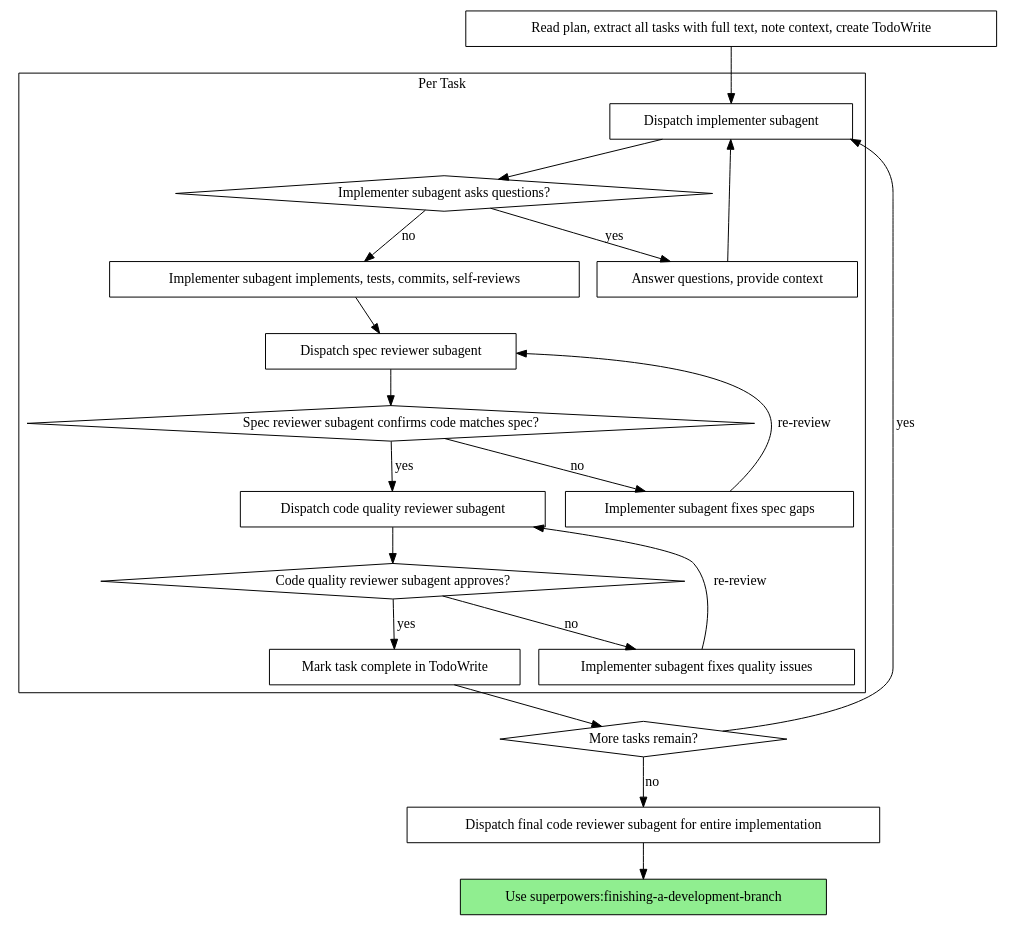
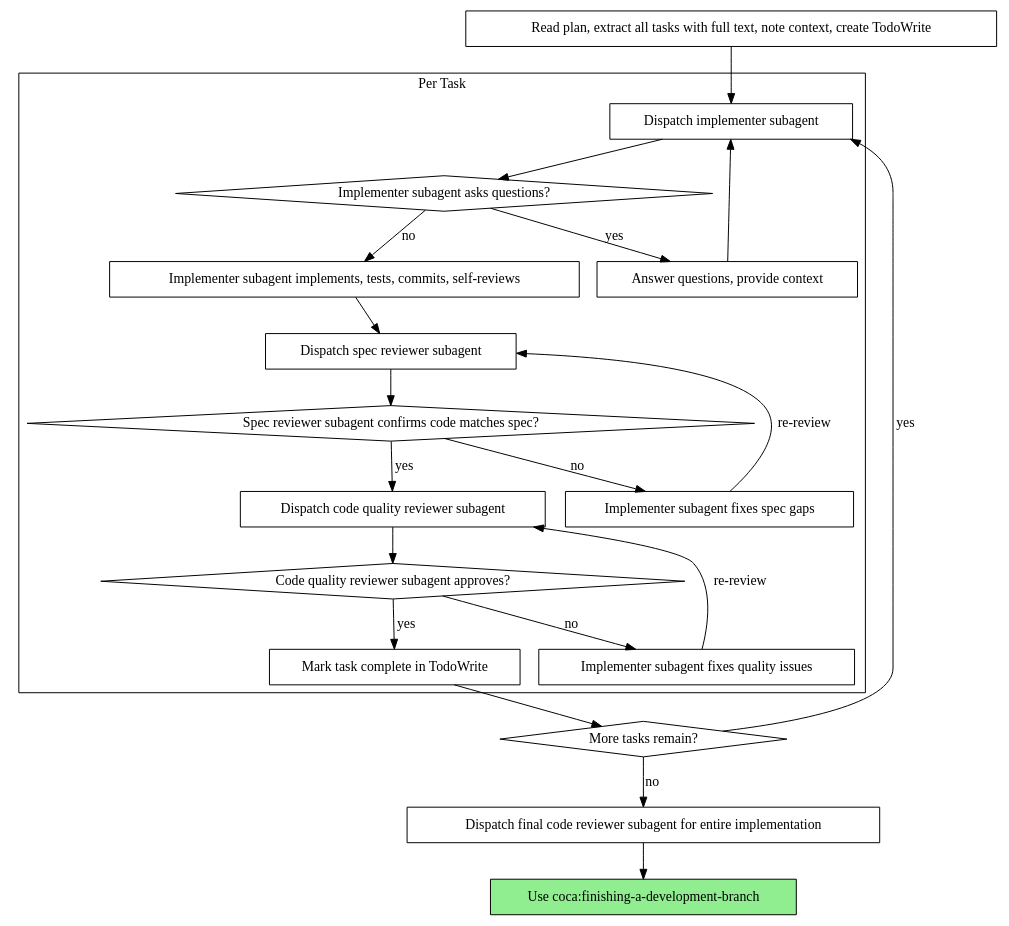
Before and after one commit to SaintPepsi/sancoca-skills: the second of 2 diagrams in skills/subagent-driven-development/SKILL.md, drawn with Graphviz. The commit also changed other lines of this file and 9 other files, not shown here.

First line of the commit message:
Rename all skill references from superpowers: to coca: format

````diff
--- a/skills/subagent-driven-development/SKILL.md
+++ b/skills/subagent-driven-development/SKILL.md
@@ -40,44 +40,44 @@
 ```dot
 digraph process {
     rankdir=TB;
 
     subgraph cluster_per_task {
         label="Per Task";
         "Dispatch implementer subagent" [shape=box];
         "Implementer subagent asks questions?" [shape=diamond];
         "Answer questions, provide context" [shape=box];
         "Implementer subagent implements, tests, commits, self-reviews" [shape=box];
         "Dispatch spec reviewer subagent" [shape=box];
         "Spec reviewer subagent confirms code matches spec?" [shape=diamond];
         "Implementer subagent fixes spec gaps" [shape=box];
         "Dispatch code quality reviewer subagent" [shape=box];
         "Code quality reviewer subagent approves?" [shape=diamond];
         "Implementer subagent fixes quality issues" [shape=box];
         "Mark task complete in TodoWrite" [shape=box];
     }
 
     "Read plan, extract all tasks with full text, note context, create TodoWrite" [shape=box];
     "More tasks remain?" [shape=diamond];
     "Dispatch final code reviewer subagent for entire implementation" [shape=box];
-    "Use superpowers:finishing-a-development-branch" [shape=box style=filled fillcolor=lightgreen];
+    "Use coca:finishing-a-development-branch" [shape=box style=filled fillcolor=lightgreen];
 
     "Read plan, extract all tasks with full text, note context, create TodoWrite" -> "Dispatch implementer subagent";
     "Dispatch implementer subagent" -> "Implementer subagent asks questions?";
     "Implementer subagent asks questions?" -> "Answer questions, provide context" [label="yes"];
     "Answer questions, provide context" -> "Dispatch implementer subagent";
     "Implementer subagent asks questions?" -> "Implementer subagent implements, tests, commits, self-reviews" [label="no"];
     "Implementer subagent implements, tests, commits, self-reviews" -> "Dispatch spec reviewer subagent";
     "Dispatch spec reviewer subagent" -> "Spec reviewer subagent confirms code matches spec?";
     "Spec reviewer subagent confirms code matches spec?" -> "Implementer subagent fixes spec gaps" [label="no"];
     "Implementer subagent fixes spec gaps" -> "Dispatch spec reviewer subagent" [label="re-review"];
     "Spec reviewer subagent confirms code matches spec?" -> "Dispatch code quality reviewer subagent" [label="yes"];
     "Dispatch code quality reviewer subagent" -> "Code quality reviewer subagent approves?";
     "Code quality reviewer subagent approves?" -> "Implementer subagent fixes quality issues" [label="no"];
     "Implementer subagent fixes quality issues" -> "Dispatch code quality reviewer subagent" [label="re-review"];
     "Code quality reviewer subagent approves?" -> "Mark task complete in TodoWrite" [label="yes"];
     "Mark task complete in TodoWrite" -> "More tasks remain?";
     "More tasks remain?" -> "Dispatch implementer subagent" [label="yes"];
     "More tasks remain?" -> "Dispatch final code reviewer subagent for entire implementation" [label="no"];
-    "Dispatch final code reviewer subagent for entire implementation" -> "Use superpowers:finishing-a-development-branch";
+    "Dispatch final code reviewer subagent for entire implementation" -> "Use coca:finishing-a-development-branch";
 }
 ```
````
